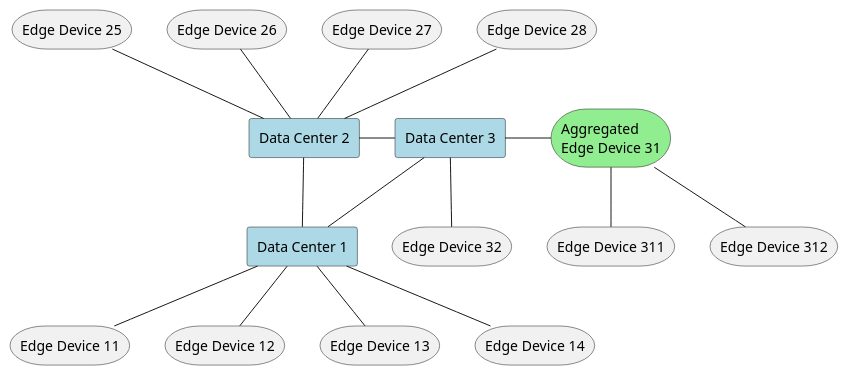
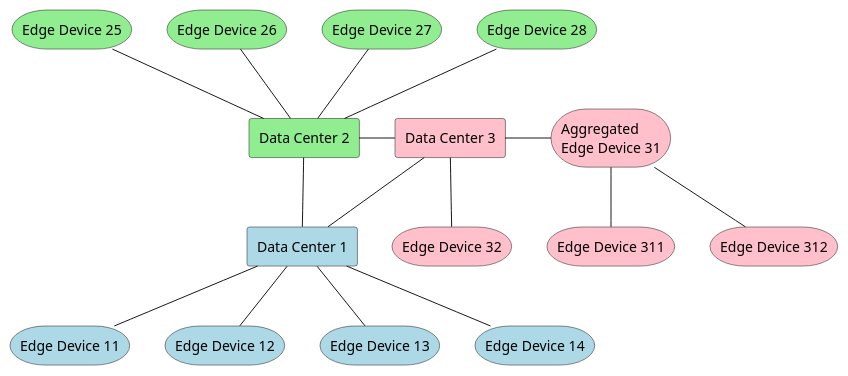
Before and after one commit to CAADE/edgeville: the diagram in docs/ControlTopologies.puml, drawn with PlantUML. The commit also changed 509 other files, not shown here.

```diff
--- a/docs/ControlTopologies.puml
+++ b/docs/ControlTopologies.puml
@@ -1,35 +1,35 @@
 @startuml
     rectangle "Data Center 1" as C1 #lightblue
-    rectangle "Data Center 2" as C2 #lightblue
-    rectangle "Data Center 3" as CA #lightblue
+    rectangle "Data Center 2" as C2 #lightgreen
+    rectangle "Data Center 3" as CA #pink
 
-    storage "Edge Device 11" as C3
-    storage "Edge Device 12" as C4
-    storage "Edge Device 13" as C5
-    storage "Edge Device 14" as C6
-    storage "Edge Device 25" as C7
-    storage "Edge Device 26" as C8
-    storage "Edge Device 27" as C9
-    storage "Edge Device 28" as C10
-    storage "Aggregated\nEdge Device 31" as CA3 #lightgreen
-    storage "Edge Device 32" as CA4
-    storage "Edge Device 311" as CA5
-    storage "Edge Device 312" as CA6
+    storage "Edge Device 11" as C3 #lightblue
+    storage "Edge Device 12" as C4 #lightblue
+    storage "Edge Device 13" as C5 #lightblue
+    storage "Edge Device 14" as C6 #lightblue
+    storage "Edge Device 25" as C7 #lightgreen
+    storage "Edge Device 26" as C8 #lightgreen
+    storage "Edge Device 27" as C9 #lightgreen
+    storage "Edge Device 28" as C10 #lightgreen
+    storage "Aggregated\nEdge Device 31" as CA3 #pink
+    storage "Edge Device 32" as CA4 #pink
+    storage "Edge Device 311" as CA5 #pink
+    storage "Edge Device 312" as CA6 #pink
 
     C2 -- C1
     CA -- C1
     C2 - CA
     C1 -- C3
     C1 -- C4
     C1 -- C5
     C1 -- C6
     C7 -- C2
     C8 -- C2
     C9 -- C2
     C10 -- C2
 
     CA - CA3
     CA -- CA4
     CA3 -- CA5
     CA3 -- CA6
 @enduml
```
